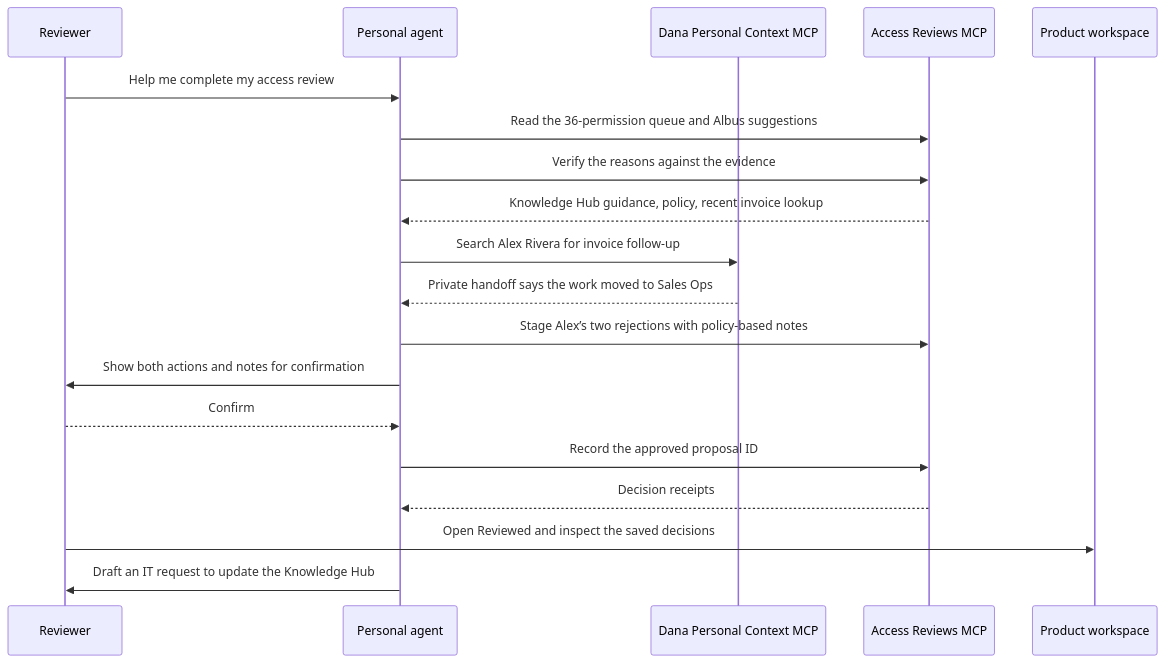
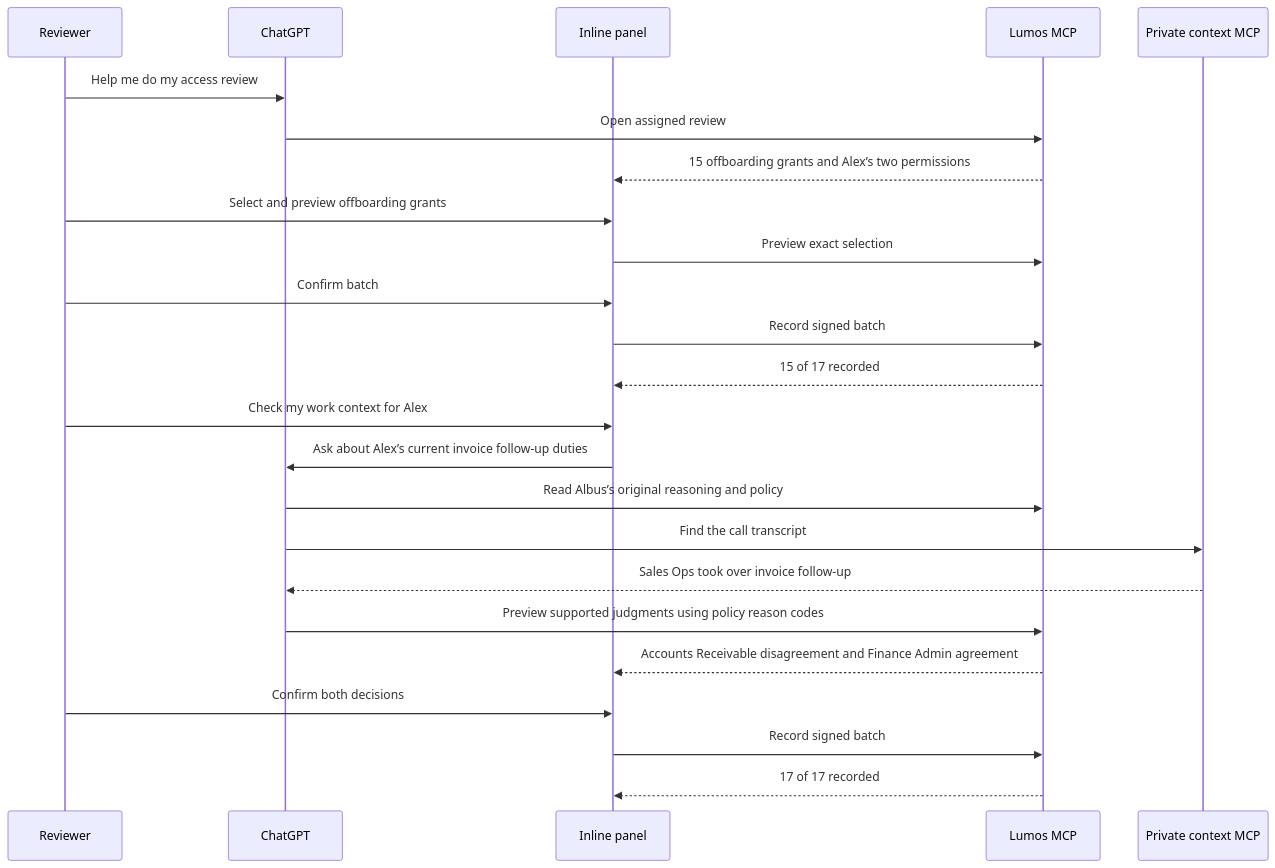
Before and after one commit to BlakeB-PM/lumos-review-demo: the second of 2 diagrams in docs/diagrams.md, drawn with Mermaid. The commit also changed other lines of this file and 14 other files, not shown here.

Commit message:
Build inline ChatGPT access review plugin

```diff
--- a/docs/diagrams.md
+++ b/docs/diagrams.md
@@ -19,21 +17,26 @@
 ~~~mermaid
 sequenceDiagram
-    participant H as Reviewer
-    participant C as Personal agent
-    participant P as Dana Personal Context MCP
-    participant S as Access Reviews MCP
-    participant U as Product workspace
-    H->>C: Help me complete my access review
-    C->>S: Read the 36-permission queue and Albus suggestions
-    C->>S: Verify the reasons against the evidence
-    S-->>C: Knowledge Hub guidance, policy, recent invoice lookup
-    C->>P: Search Alex Rivera for invoice follow-up
-    P-->>C: Private handoff says the work moved to Sales Ops
-    C->>S: Stage Alex’s two rejections with policy-based notes
-    C->>H: Show both actions and notes for confirmation
-    H-->>C: Confirm
-    C->>S: Record the approved proposal ID
-    S-->>C: Decision receipts
-    H->>U: Open Reviewed and inspect the saved decisions
-    C->>H: Draft an IT request to update the Knowledge Hub
+    participant R as Reviewer
+    participant C as ChatGPT
+    participant U as Inline panel
+    participant L as Lumos MCP
+    participant P as Private context MCP
+    R->>C: Help me do my access review
+    C->>L: Open assigned review
+    L-->>U: 15 offboarding grants and Alex’s two permissions
+    R->>U: Select and preview offboarding grants
+    U->>L: Preview exact selection
+    R->>U: Confirm batch
+    U->>L: Record signed batch
+    L-->>U: 15 of 17 recorded
+    R->>U: Check my work context for Alex
+    U->>C: Ask about Alex’s current invoice follow-up duties
+    C->>L: Read Albus’s original reasoning and policy
+    C->>P: Find the call transcript
+    P-->>C: Sales Ops took over invoice follow-up
+    C->>L: Preview supported judgments using policy reason codes
+    L-->>U: Accounts Receivable disagreement and Finance Admin agreement
+    R->>U: Confirm both decisions
+    U->>L: Record signed batch
+    L-->>U: 17 of 17 recorded
 ~~~
```
